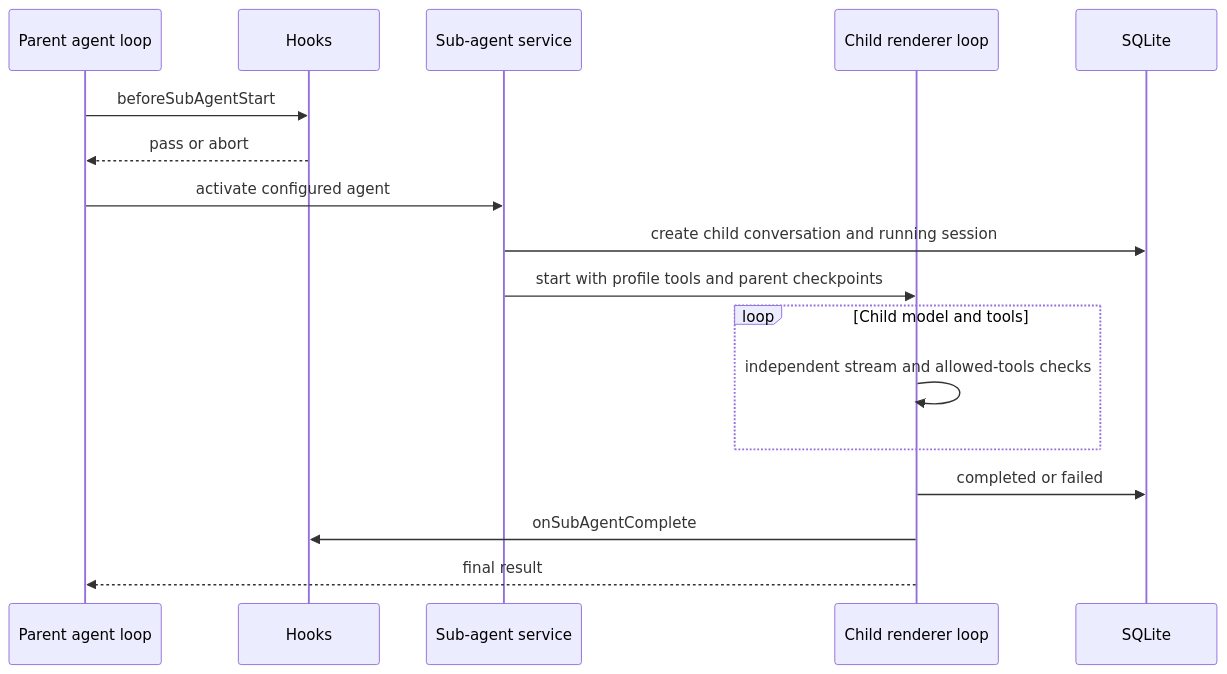
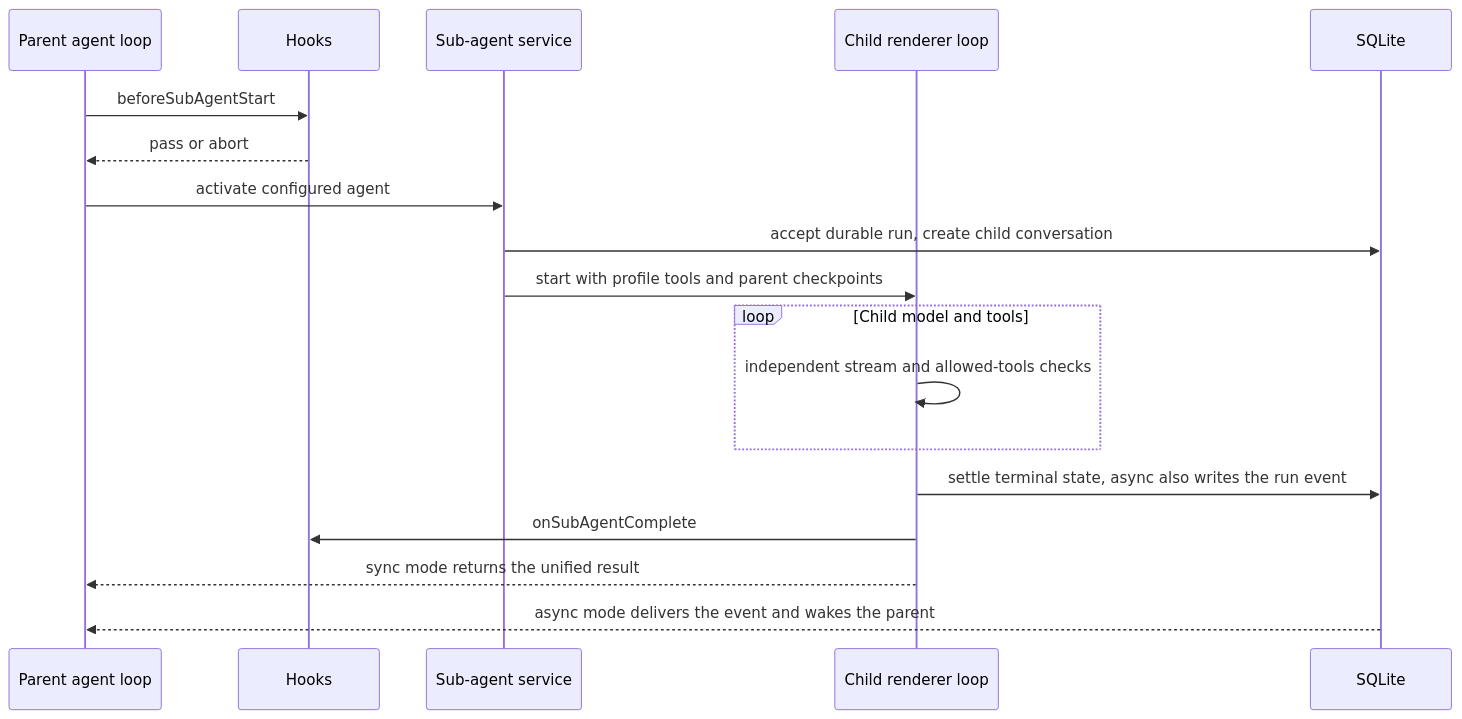
Before and after one commit to BaSui01/snow-app: the fifth of 14 diagrams in docs/en/4-architecture-and-development/6-feature-module-architecture-and-data-flow-diagrams.md, drawn with Mermaid. The commit also changed other lines of this file and 3 other files, not shown here.

First line of the commit message:
docs(architecture): 补充异步子代理渲染层流程图并修正过期描述

````diff
--- a/docs/en/4-architecture-and-development/6-feature-module-architecture-and-data-flow-diagrams.md
+++ b/docs/en/4-architecture-and-development/6-feature-module-architecture-and-data-flow-diagrams.md
@@ -95,20 +95,21 @@
 ```mermaid
 sequenceDiagram
     participant P as Parent agent loop
     participant H as Hooks
     participant S as Sub-agent service
     participant C as Child renderer loop
     participant DB as SQLite
 
     P->>H: beforeSubAgentStart
     H-->>P: pass or abort
     P->>S: activate configured agent
-    S->>DB: create child conversation and running session
+    S->>DB: accept durable run, create child conversation
     S->>C: start with profile tools and parent checkpoints
     loop Child model and tools
         C->>C: independent stream and allowed-tools checks
     end
-    C->>DB: completed or failed
+    C->>DB: settle terminal state, async also writes the run event
     C->>H: onSubAgentComplete
-    C-->>P: final result
+    C-->>P: sync mode returns the unified result
+    DB-->>P: async mode delivers the event and wakes the parent
 ```
````
